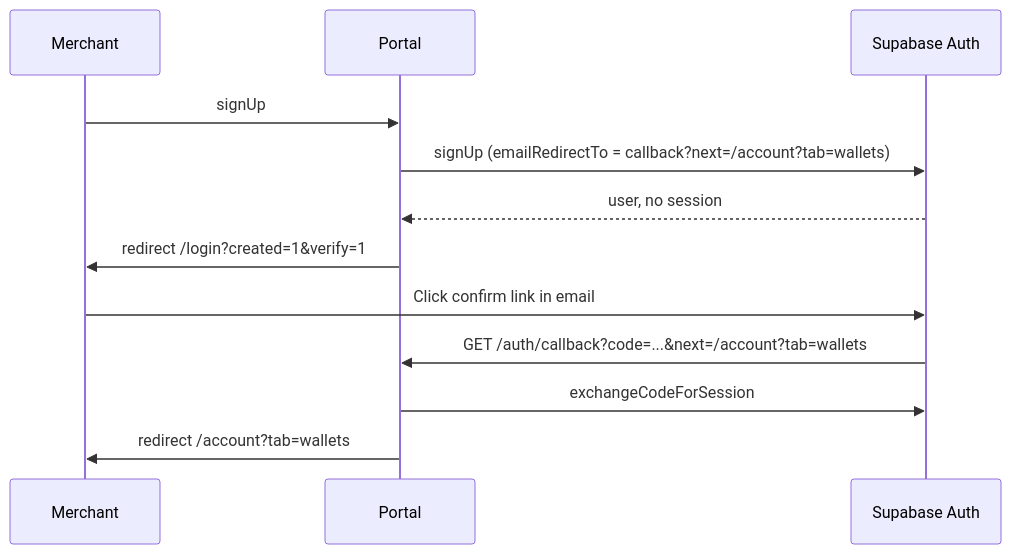
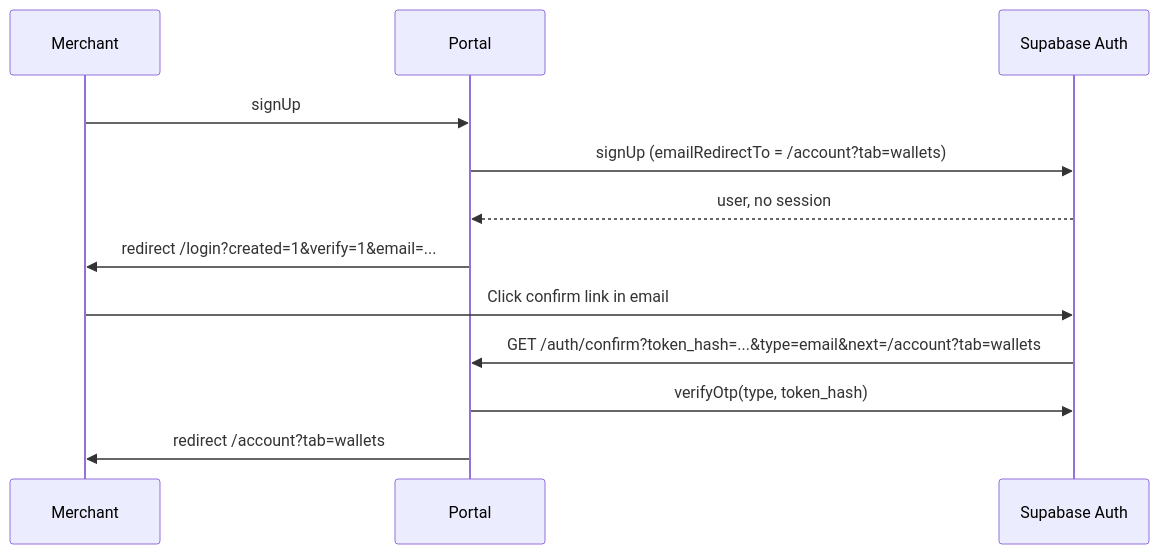
The second of 3 diagrams in docs/ACCOUNT_SETUP_WORKFLOW.md (photospheremedia/Crypto-Pay), drawn with Mermaid before and after one commit. The commit also changed other lines of this file and 1 other file, not shown here.

First line of the commit message:
Docs: update email confirm flow to /auth/confirm.

````diff
--- a/docs/ACCOUNT_SETUP_WORKFLOW.md
+++ b/docs/ACCOUNT_SETUP_WORKFLOW.md
@@ -94,15 +94,15 @@
 ```mermaid
 sequenceDiagram
   participant U as Merchant
   participant P as Portal
   participant S as Supabase Auth
 
   U->>P: signUp
-  P->>S: signUp (emailRedirectTo = callback?next=/account?tab=wallets)
+  P->>S: signUp (emailRedirectTo = /account?tab=wallets)
   S-->>P: user, no session
-  P->>U: redirect /login?created=1&verify=1
+  P->>U: redirect /login?created=1&verify=1&email=...
   U->>S: Click confirm link in email
-  S->>P: GET /auth/callback?code=...&next=/account?tab=wallets
-  P->>S: exchangeCodeForSession
+  S->>P: GET /auth/confirm?token_hash=...&type=email&next=/account?tab=wallets
+  P->>S: verifyOtp(type, token_hash)
   P->>U: redirect /account?tab=wallets
 ```
````
